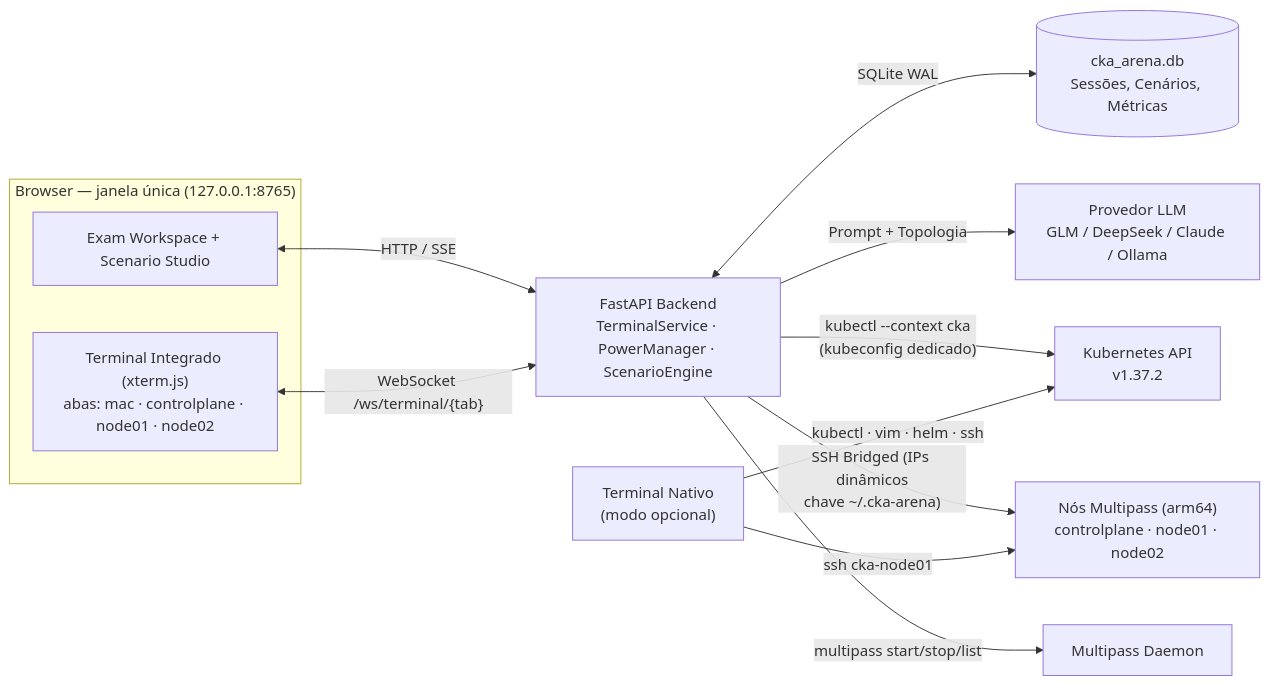
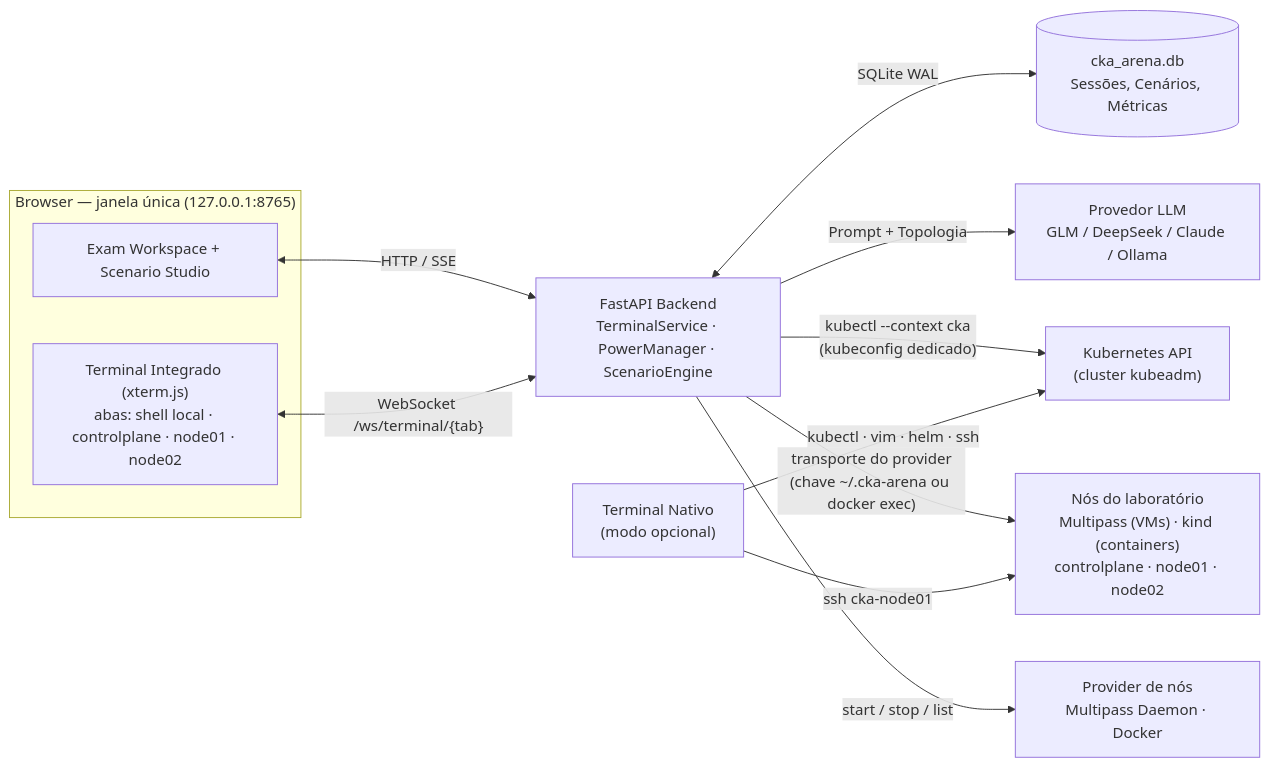
The first of 3 diagrams in ARCHITECTURE.md (Fabi0x01/cka-arena), drawn with Mermaid before and after one commit. The commit also changed other lines of this file and 12 other files, not shown here.

````diff
--- a/ARCHITECTURE.md
+++ b/ARCHITECTURE.md
@@ -11,16 +13,16 @@
 ```mermaid
 flowchart LR
     subgraph BR["Browser — janela única (127.0.0.1:8765)"]
         UI["Exam Workspace + Scenario Studio"]
-        XT["Terminal Integrado (xterm.js)\nabas: mac · controlplane · node01 · node02"]
+        XT["Terminal Integrado (xterm.js)\nabas: shell local · controlplane · node01 · node02"]
     end
     UI <-->|HTTP / SSE| B["FastAPI Backend\nTerminalService · PowerManager · ScenarioEngine"]
     XT <-->|"WebSocket /ws/terminal/{tab}"| B
     B <-->|SQLite WAL| DB[("cka_arena.db\nSessões, Cenários, Métricas")]
     B -->|Prompt + Topologia| LLM["Provedor LLM\nGLM / DeepSeek / Claude / Ollama"]
-    B -->|"kubectl --context cka\n(kubeconfig dedicado)"| K8sAPI["Kubernetes API\nv1.37.2"]
-    B -->|"SSH Bridged (IPs dinâmicos\nchave ~/.cka-arena)"| Nodes["Nós Multipass (arm64)\ncontrolplane · node01 · node02"]
-    B -->|multipass start/stop/list| MPX["Multipass Daemon"]
+    B -->|"kubectl --context cka\n(kubeconfig dedicado)"| K8sAPI["Kubernetes API\n(cluster kubeadm)"]
+    B -->|"transporte do provider\n(chave ~/.cka-arena ou docker exec)"| Nodes["Nós do laboratório\nMultipass (VMs) · kind (containers)\ncontrolplane · node01 · node02"]
+    B -->|"start / stop / list"| MPX["Provider de nós\nMultipass Daemon · Docker"]
     TN["Terminal Nativo\n(modo opcional)"] -->|kubectl · vim · helm · ssh| K8sAPI
     TN -->|ssh cka-node01| Nodes
 ```
````
